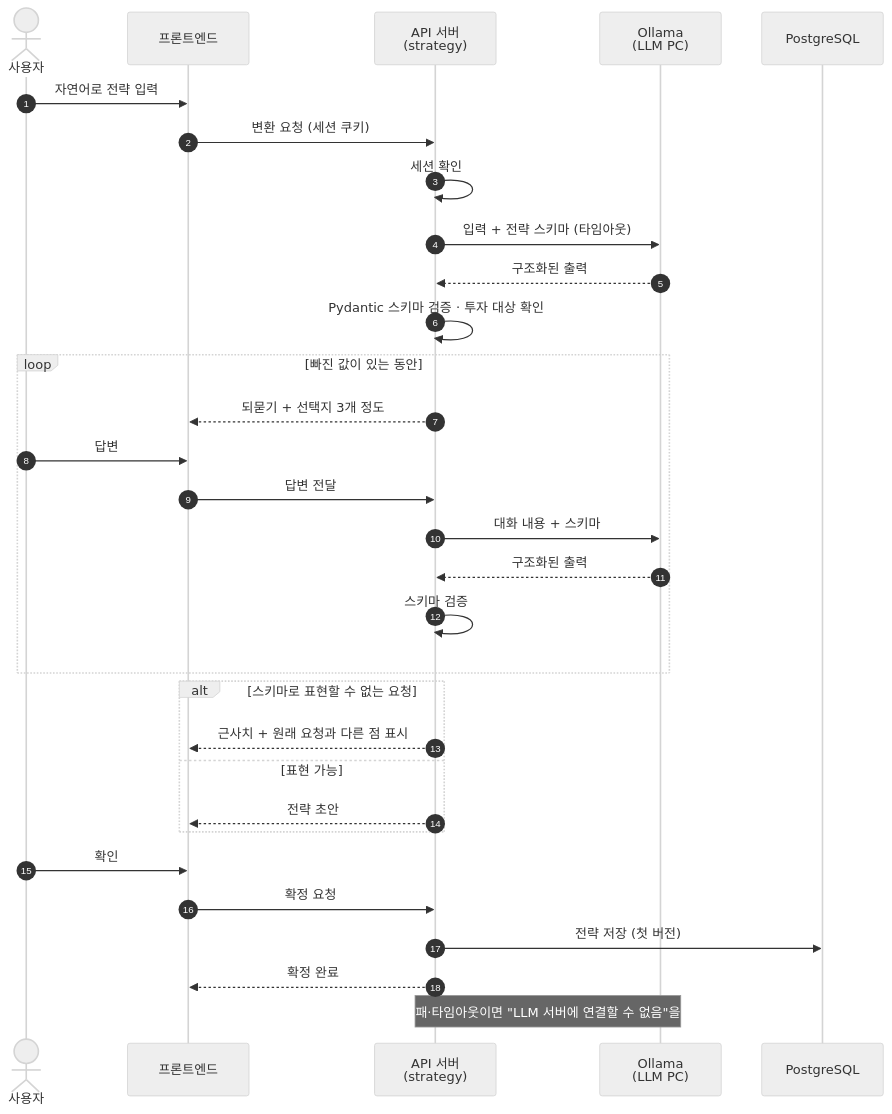
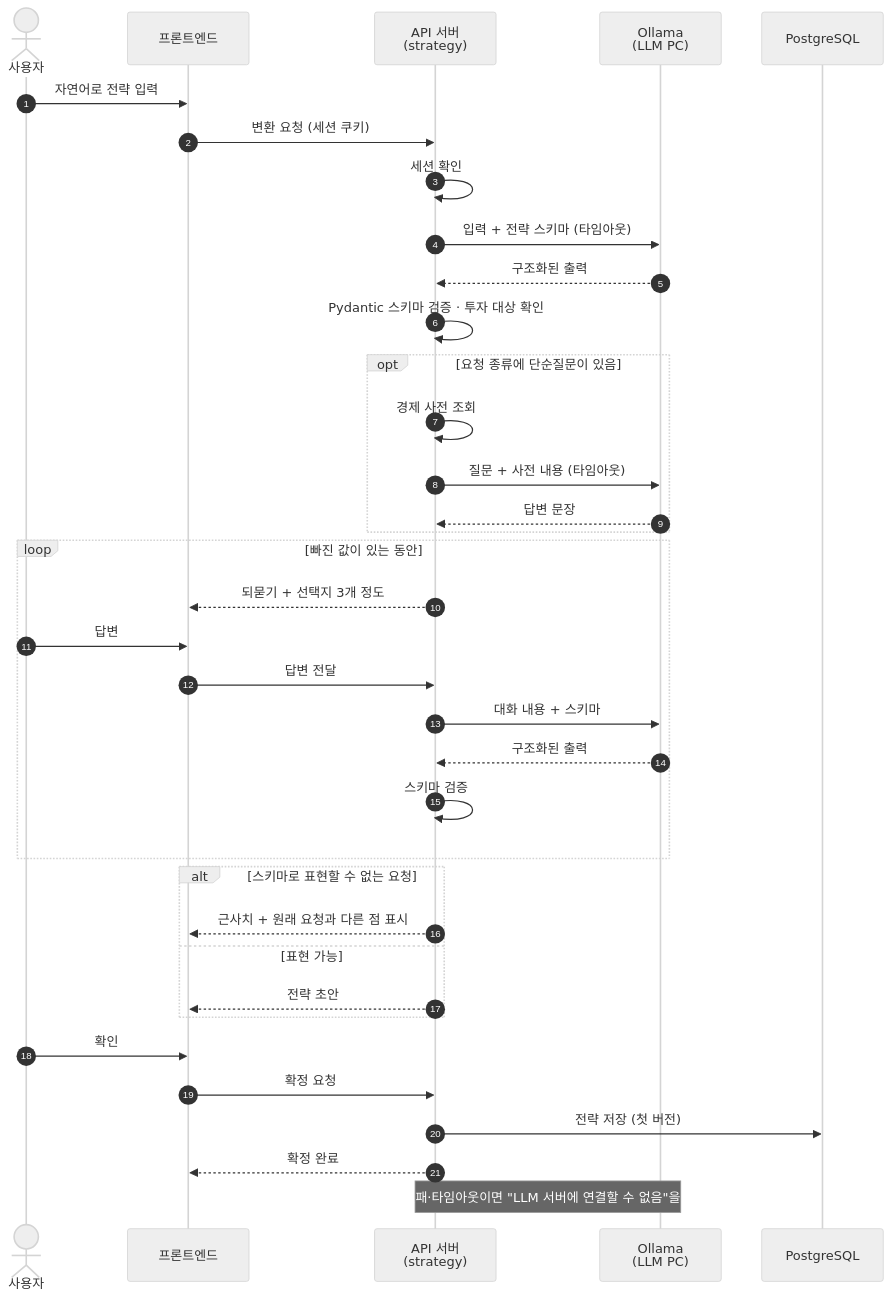
One commit to tukorea-capston-project/etf-rebalancing changed the second of 3 diagrams in docs/architecture.md. Above: the diagram before and after it, drawn with Mermaid (neutral theme). The commit also changed other lines of this file and 4 other files, not shown here.

````diff
--- a/docs/architecture.md
+++ b/docs/architecture.md
@@ -180,38 +180,44 @@
 ```mermaid
 sequenceDiagram
     autonumber
     actor U as 사용자
     participant FE as 프론트엔드
     participant API as API 서버<br/>(strategy)
     participant LLM as Ollama<br/>(LLM PC)
     participant DB as PostgreSQL
 
     U->>FE: 자연어로 전략 입력
     FE->>API: 변환 요청 (세션 쿠키)
     API->>API: 세션 확인
     API->>LLM: 입력 + 전략 스키마 (타임아웃)
     LLM-->>API: 구조화된 출력
     API->>API: Pydantic 스키마 검증 · 투자 대상 확인
+
+    opt 요청 종류에 단순질문이 있음
+        API->>API: 경제 사전 조회
+        API->>LLM: 질문 + 사전 내용 (타임아웃)
+        LLM-->>API: 답변 문장
+    end
 
     loop 빠진 값이 있는 동안
         API-->>FE: 되묻기 + 선택지 3개 정도
         U->>FE: 답변
         FE->>API: 답변 전달
         API->>LLM: 대화 내용 + 스키마
         LLM-->>API: 구조화된 출력
         API->>API: 스키마 검증
     end
 
     alt 스키마로 표현할 수 없는 요청
         API-->>FE: 근사치 + 원래 요청과 다른 점 표시
     else 표현 가능
         API-->>FE: 전략 초안
     end
 
     U->>FE: 확인
     FE->>API: 확정 요청
     API->>DB: 전략 저장 (첫 버전)
     API-->>FE: 확정 완료
 
     Note over API,LLM: 연결 실패·타임아웃이면 "LLM 서버에 연결할 수 없음"을 돌려줌
 ```
````
